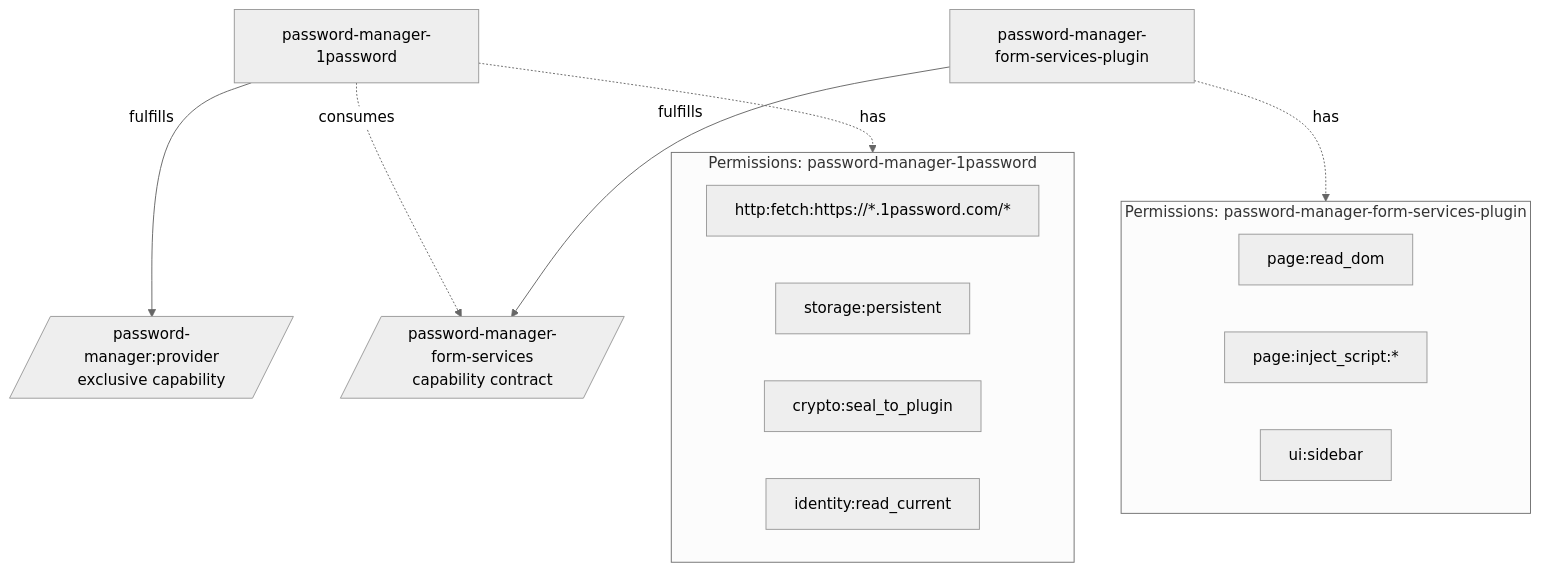
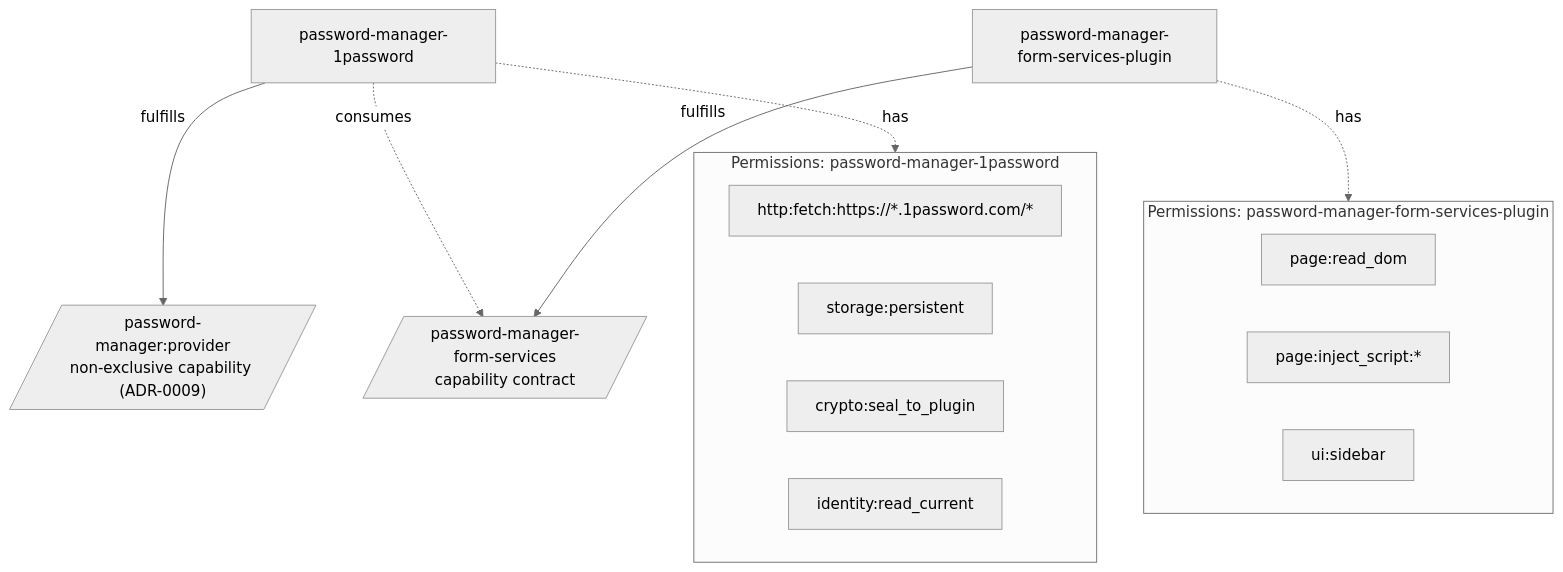
One commit to bamsammich/mote changed the first of 3 diagrams in DESIGN.md. Above: the diagram before and after it, drawn with Mermaid (neutral theme). The commit also changed other lines of this file and 3 other files, not shown here.

First line of the commit message:
refactor(registry): make password-manager:provider non-exclusive

````diff
--- a/DESIGN.md
+++ b/DESIGN.md
@@ -490,27 +490,27 @@
 ```mermaid
 graph TB
     PM1["password-manager-1password"]
     PMF["password-manager-form-services-plugin"]
-    PMP[/"password-manager:provider<br/>exclusive capability"/]
+    PMP[/"password-manager:provider<br/>non-exclusive capability (ADR-0009)"/]
     PMFC[/"password-manager-form-services<br/>capability contract"/]
 
     subgraph PM1_perms["Permissions: password-manager-1password"]
         P1["http:fetch:https://*.1password.com/*"]
         P2["storage:persistent"]
         P4["crypto:seal_to_plugin"]
         P5["identity:read_current"]
     end
 
     subgraph PMF_perms["Permissions: password-manager-form-services-plugin"]
         PC1["page:read_dom"]
         PC2["page:inject_script:*"]
         PC3["ui:sidebar"]
     end
 
     PM1 -->|fulfills| PMP
     PM1 -.->|consumes| PMFC
     PMF -->|fulfills| PMFC
 
     PM1 -. has .-> PM1_perms
     PMF -. has .-> PMF_perms
 ```
````
